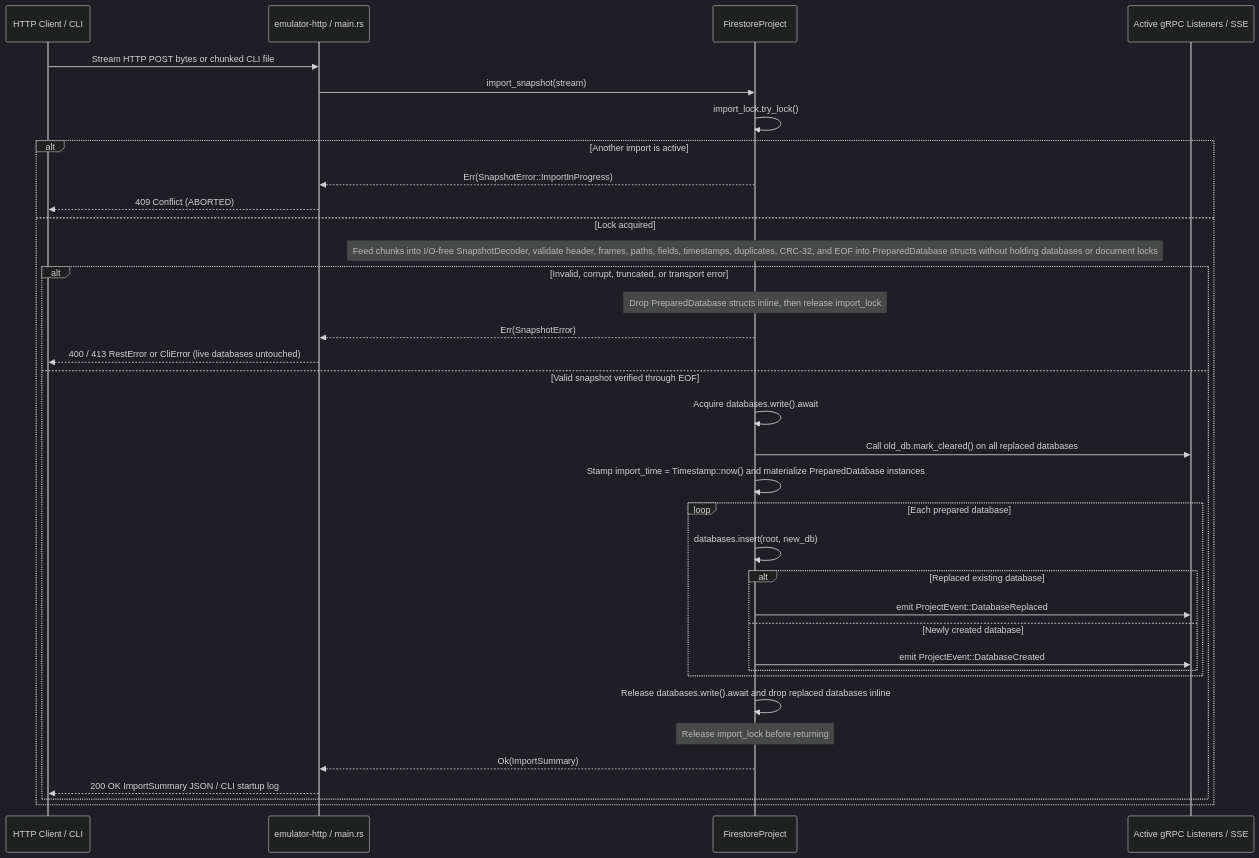
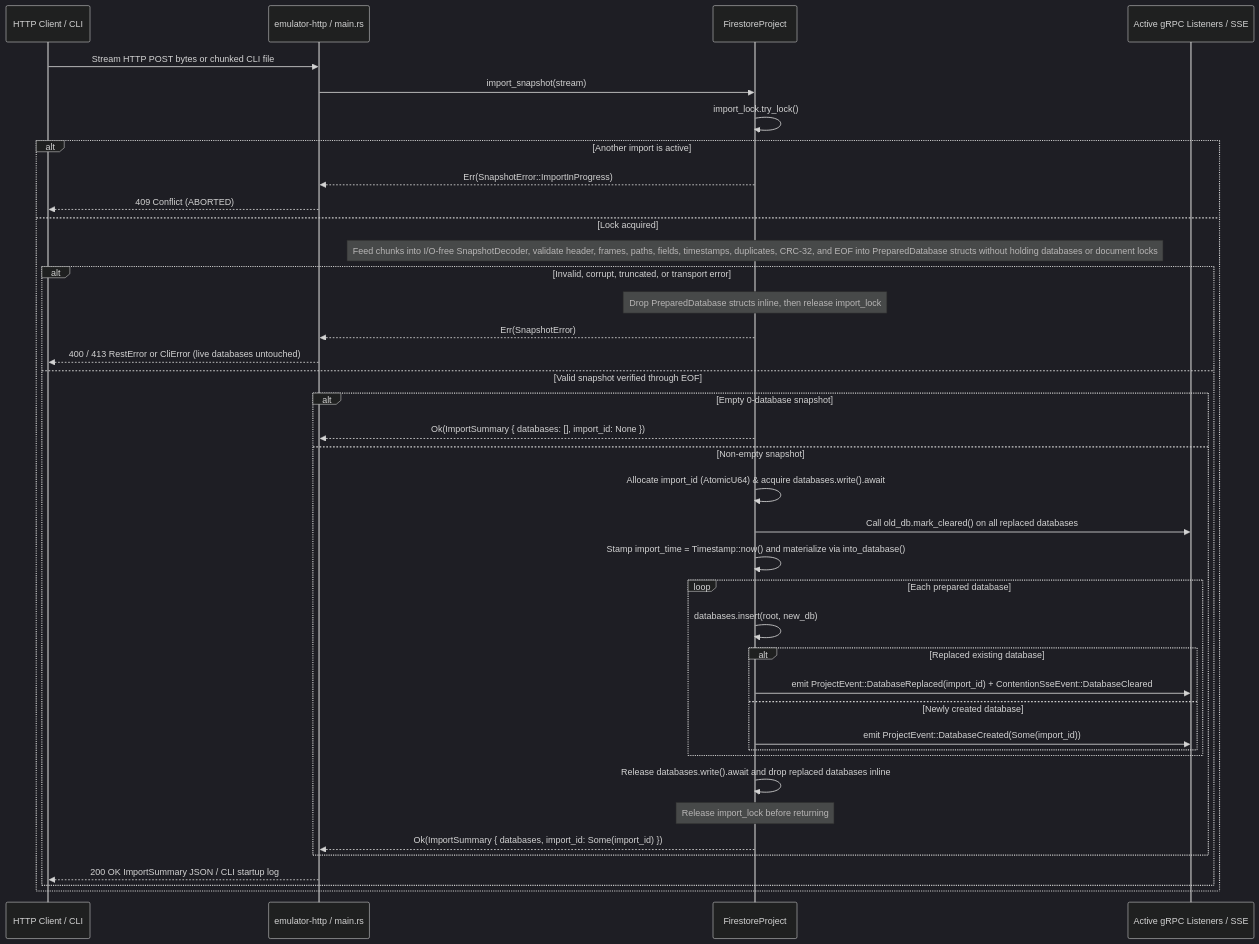
One commit to skunkteam/rust-firestore-emulator changed the second of 2 diagrams in docs/designs/emulator-state-import-export.md. Above: the diagram before and after it, drawn with Mermaid (dark theme). The commit also changed other lines of this file and 9 other files, not shown here.

````diff
--- a/docs/designs/emulator-state-import-export.md
+++ b/docs/designs/emulator-state-import-export.md
@@ -284,38 +287,42 @@
 ```mermaid
 sequenceDiagram
     participant Client as HTTP Client / CLI
     participant Adapter as emulator-http / main.rs
     participant Project as FirestoreProject
     participant Listeners as Active gRPC Listeners / SSE
 
     Client->>Adapter: Stream HTTP POST bytes or chunked CLI file
     Adapter->>Project: import_snapshot(stream)
     Project->>Project: import_lock.try_lock()
     alt Another import is active
         Project-->>Adapter: Err(SnapshotError::ImportInProgress)
         Adapter-->>Client: 409 Conflict (ABORTED)
     else Lock acquired
         Note over Project: Feed chunks into I/O-free SnapshotDecoder, validate header, frames, paths, fields, timestamps, duplicates, CRC-32, and EOF into PreparedDatabase structs without holding databases or document locks
         alt Invalid, corrupt, truncated, or transport error
             Note over Project: Drop PreparedDatabase structs inline, then release import_lock
             Project-->>Adapter: Err(SnapshotError)
             Adapter-->>Client: 400 / 413 RestError or CliError (live databases untouched)
         else Valid snapshot verified through EOF
-            Project->>Project: Acquire databases.write().await
-            Project->>Listeners: Call old_db.mark_cleared() on all replaced databases
-            Project->>Project: Stamp import_time = Timestamp::now() and materialize PreparedDatabase instances
-            loop Each prepared database
-                Project->>Project: databases.insert(root, new_db)
-                alt Replaced existing database
-                    Project->>Listeners: emit ProjectEvent::DatabaseReplaced
-                else Newly created database
-                    Project->>Listeners: emit ProjectEvent::DatabaseCreated
+            alt Empty 0-database snapshot
+                Project-->>Adapter: Ok(ImportSummary { databases: [], import_id: None })
+            else Non-empty snapshot
+                Project->>Project: Allocate import_id (AtomicU64) & acquire databases.write().await
+                Project->>Listeners: Call old_db.mark_cleared() on all replaced databases
+                Project->>Project: Stamp import_time = Timestamp::now() and materialize via into_database()
+                loop Each prepared database
+                    Project->>Project: databases.insert(root, new_db)
+                    alt Replaced existing database
+                        Project->>Listeners: emit ProjectEvent::DatabaseReplaced(import_id) + ContentionSseEvent::DatabaseCleared
+                    else Newly created database
+                        Project->>Listeners: emit ProjectEvent::DatabaseCreated(Some(import_id))
+                    end
                 end
+                Project->>Project: Release databases.write().await and drop replaced databases inline
+                Note over Project: Release import_lock before returning
+                Project-->>Adapter: Ok(ImportSummary { databases, import_id: Some(import_id) })
             end
-            Project->>Project: Release databases.write().await and drop replaced databases inline
-            Note over Project: Release import_lock before returning
-            Project-->>Adapter: Ok(ImportSummary)
             Adapter-->>Client: 200 OK ImportSummary JSON / CLI startup log
         end
     end
 ```
````
